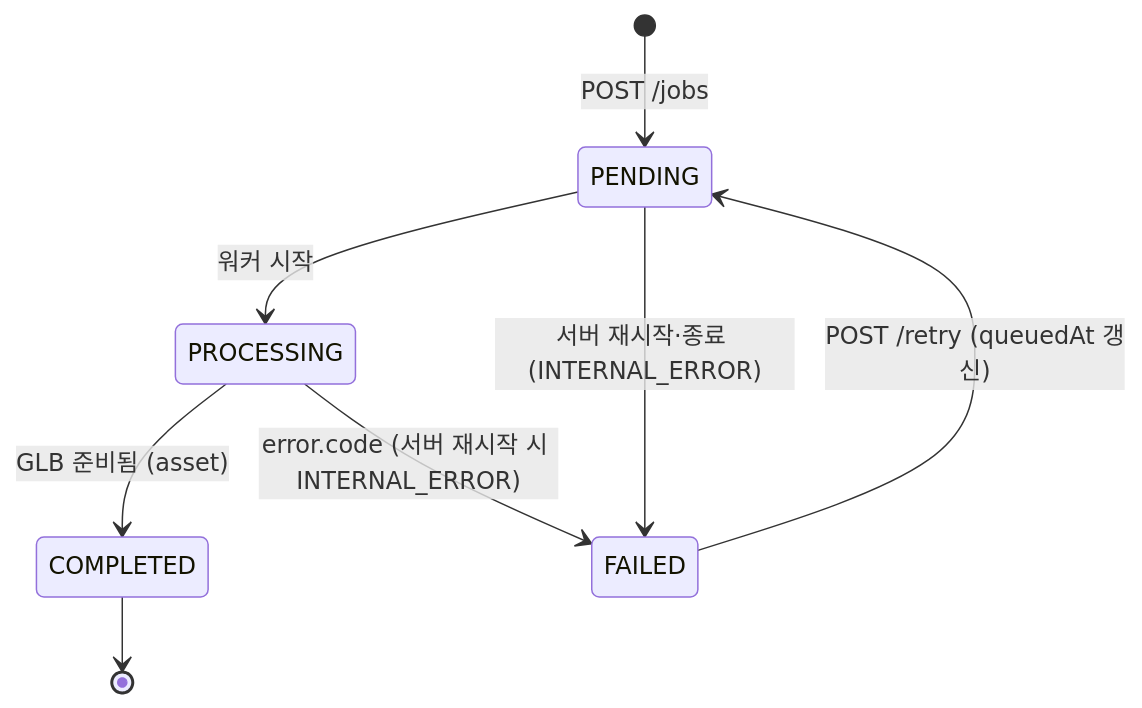
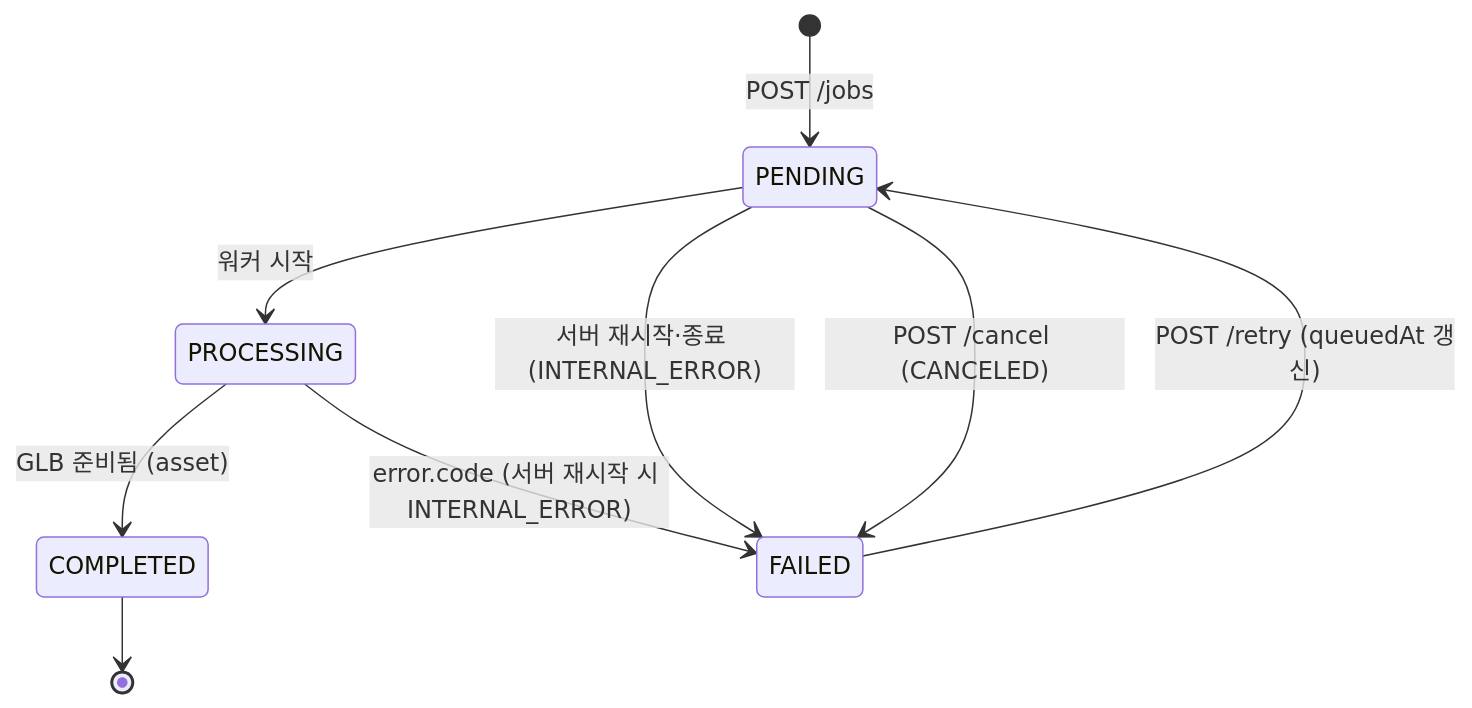
The third of 3 diagrams in docs/ARCHITECTURE.md (minwoo3717/Beside), drawn with Mermaid before and after one commit. The commit also changed 2 other files, not shown here.

Commit message:
[Backend] 문서: 상태 전이에 PENDING → (cancel) → FAILED(CANCELED), JobTransitions·QueueEstimator 와 새 테스트 — 바뀐 전이 규칙과 대기열 계산을 어디서 하는지 찾을 수 있도록
- backend/CLAUDE.md: 상태 전이 문장에 cancel 전이, PENDING 을 떠나는 전이는 JobTransitions 잠금 안에서 같은 attempt 일 때만.
- docs/ARCHITECTURE.md: 상태 머신 그림에 PENDING → FAILED: POST /cancel (CANCELED) 한 줄만 추가.
- backend/README.md: v1 표에 cancel 행·curl 예, 구조에 JobTransitions·QueueEstimator·DTO, 테스트 표에 새 테스트 4개.

````diff
--- a/docs/ARCHITECTURE.md
+++ b/docs/ARCHITECTURE.md
@@ -74,10 +74,11 @@
 ```mermaid
 stateDiagram-v2
     [*] --> PENDING: POST /jobs
     PENDING --> PROCESSING: 워커 시작
     PROCESSING --> COMPLETED: GLB 준비됨 (asset)
     PROCESSING --> FAILED: error.code (서버 재시작 시 INTERNAL_ERROR)
     PENDING --> FAILED: 서버 재시작·종료 (INTERNAL_ERROR)
+    PENDING --> FAILED: POST /cancel (CANCELED)
     FAILED --> PENDING: POST /retry (queuedAt 갱신)
     COMPLETED --> [*]
 ```
````
